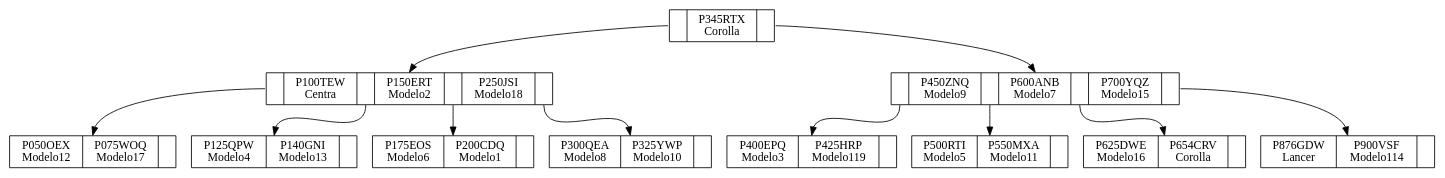
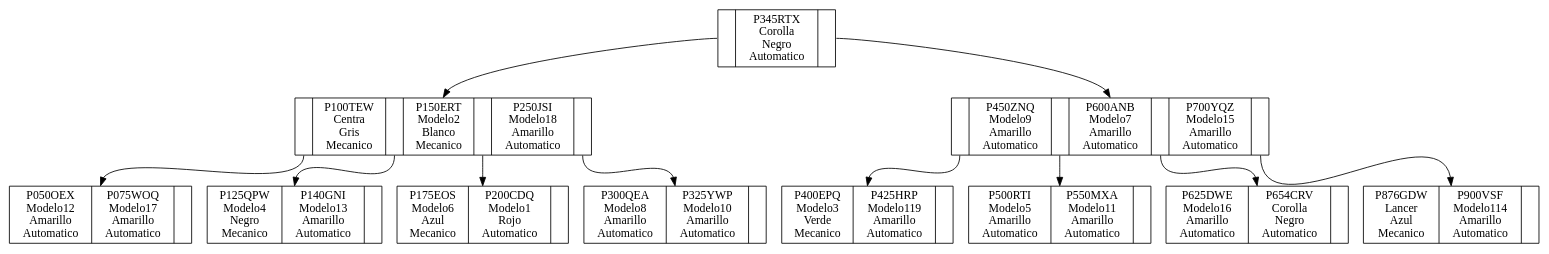
One commit to EmBarillasA94/EDD_PROYECTO2_JUNIO_201503741 changed the diagram in R_ArbolB.dot. Above: the diagram before and after it, drawn with Graphviz. The commit also changed 9 other files, not shown here.

```diff
--- a/R_ArbolB.dot
+++ b/R_ArbolB.dot
@@ -1,26 +1,26 @@
 digraph g{ 
 rankdir = TB; 
 node [shape = record]; 
-25365759[label ="<11161421>|P345RTX&#92;nCorolla|<23455535>"]; 
-11161421[label ="<26270228>|P100TEW&#92;nCentra|<15322861>|P150ERT&#92;nModelo2|<11349722>|P250JSI&#92;nModelo18|<256191>"]; 
-26270228[label ="P050OEX&#92;nModelo12|P075WOQ&#92;nModelo17|"]; 
-15322861[label ="P125QPW&#92;nModelo4|P140GNI&#92;nModelo13|"]; 
-11349722[label ="P175EOS&#92;nModelo6|P200CDQ&#92;nModelo1|"]; 
-256191[label ="P300QEA&#92;nModelo8|P325YWP&#92;nModelo10|"]; 
-23455535[label ="<31639889>|P450ZNQ&#92;nModelo9|<25755302>|P600ANB&#92;nModelo7|<1362611>|P700YQZ&#92;nModelo15|<26314206>"]; 
-31639889[label ="P400EPQ&#92;nModelo3|P425HRP&#92;nModelo119|"]; 
-25755302[label ="P500RTI&#92;nModelo5|P550MXA&#92;nModelo11|"]; 
-1362611[label ="P625DWE&#92;nModelo16|P654CRV&#92;nCorolla|"]; 
-26314206[label ="P876GDW&#92;nLancer|P900VSF&#92;nModelo114|"]; 
+7966988[label ="<26600929>|<23548662>P345RTX&#92;nCorolla&#92;nNegro&#92;nAutomatico|<32346114>"]; 
+26600929[label ="<27299970>|<19845242>P100TEW&#92;nCentra&#92;nGris&#92;nMecanico|<13751051>|<30617107>P150ERT&#92;nModelo2&#92;nBlanco&#92;nMecanico|<5019499>|<18624536>P250JSI&#92;nModelo18&#92;nAmarillo&#92;nAutomatico|<23062331>"]; 
+27299970[label ="<26142325>P050OEX&#92;nModelo12&#92;nAmarillo&#92;nAutomatico|<21873760>P075WOQ&#92;nModelo17&#92;nAmarillo&#92;nAutomatico|"]; 
+13751051[label ="<27112609>P125QPW&#92;nModelo4&#92;nNegro&#92;nMecanico|<27523094>P140GNI&#92;nModelo13&#92;nAmarillo&#92;nAutomatico|"]; 
+5019499[label ="<29103513>P175EOS&#92;nModelo6&#92;nAzul&#92;nMecanico|<6141386>P200CDQ&#92;nModelo1&#92;nRojo&#92;nAutomatico|"]; 
+23062331[label ="<2435804>P300QEA&#92;nModelo8&#92;nAmarillo&#92;nAutomatico|<11276934>P325YWP&#92;nModelo10&#92;nAmarillo&#92;nAutomatico|"]; 
+32346114[label ="<17551767>|<13491993>P450ZNQ&#92;nModelo9&#92;nAmarillo&#92;nAutomatico|<17790998>|<19229331>P600ANB&#92;nModelo7&#92;nAmarillo&#92;nAutomatico|<3771913>|<9614592>P700YQZ&#92;nModelo15&#92;nAmarillo&#92;nAutomatico|<6797324>"]; 
+17551767[label ="<7223009>P400EPQ&#92;nModelo3&#92;nVerde&#92;nMecanico|<2341795>P425HRP&#92;nModelo119&#92;nAmarillo&#92;nAutomatico|"]; 
+17790998[label ="<31077906>P500RTI&#92;nModelo5&#92;nAmarillo&#92;nAutomatico|<2905021>P550MXA&#92;nModelo11&#92;nAmarillo&#92;nAutomatico|"]; 
+3771913[label ="<26256423>P625DWE&#92;nModelo16&#92;nAmarillo&#92;nAutomatico|<6546901>P654CRV&#92;nCorolla&#92;nNegro&#92;nAutomatico|"]; 
+6797324[label ="<734253>P876GDW&#92;nLancer&#92;nAzul&#92;nMecanico|<5907242>P900VSF&#92;nModelo114&#92;nAmarillo&#92;nAutomatico|"]; 
 
-25365759:11161421->11161421:n; 
-25365759:23455535->23455535:n; 
-11161421:26270228->26270228:n; 
-11161421:15322861->15322861:n; 
-11161421:11349722->11349722:n; 
-11161421:256191->256191:n; 
-23455535:31639889->31639889:n; 
-23455535:25755302->25755302:n; 
-23455535:1362611->1362611:n; 
-23455535:26314206->26314206:n; 
+7966988:26600929->26600929:n; 
+7966988:32346114->32346114:n; 
+26600929:27299970->27299970:n; 
+26600929:13751051->13751051:n; 
+26600929:5019499->5019499:n; 
+26600929:23062331->23062331:n; 
+32346114:17551767->17551767:n; 
+32346114:17790998->17790998:n; 
+32346114:3771913->3771913:n; 
+32346114:6797324->6797324:n; 
 } 
```
